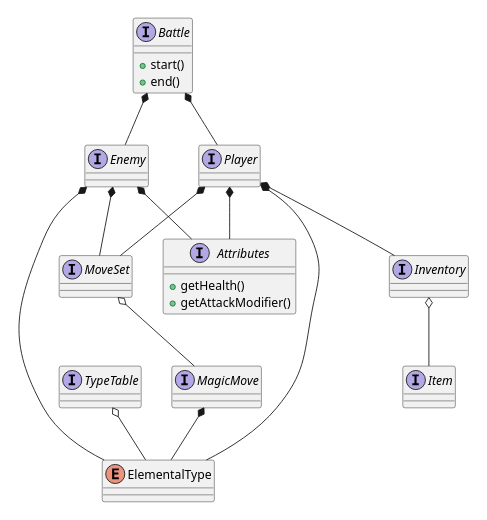
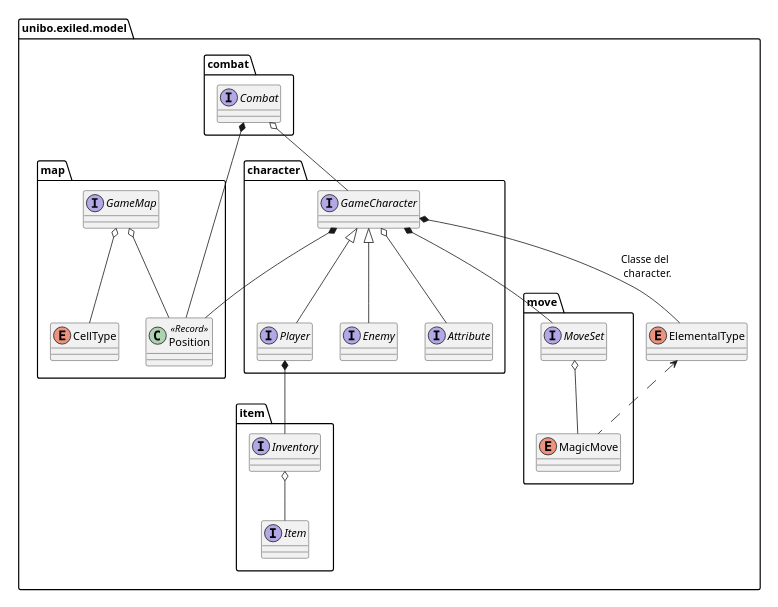
The diagram in docs/the-exiled-uml.puml (unibo-oop-projects/OOP23-Baldoni-Beylax-Casadei-MarcoMagnani03-Pazzaglia-exiled), drawn with PlantUML before and after one commit. The commit also changed 14 other files, not shown here.

```diff
--- a/docs/the-exiled-uml.puml
+++ b/docs/the-exiled-uml.puml
@@ -1,49 +1,45 @@
 @startuml
-scale 0.5
-interface Player {
-	
-}
-interface Enemy {
-
-}
-interface Inventory {
-
-}
-interface Item {
-
-}
-interface MagicMove {
-}
-interface Battle {
-	+start()
-	+end()
-}
-enum ElementalType {
-
-}
-interface TypeTable {
-	
-}
-interface MoveSet {
-
-}
-interface Attributes {
-	+getHealth()
-	+getAttackModifier()
+scale 0.45
+set separator none
+package unibo.exiled.model{
+    package character{
+        interface GameCharacter{}
+        interface Player implements GameCharacter{}
+        interface Enemy implements GameCharacter{}
+        interface Attribute{}
+    }
+    package item{
+        interface Item{}
+        interface Inventory{}
+    }
+    package combat{
+        interface Combat{}
+    }
+    package move{
+        enum MagicMove{}
+        interface MoveSet{}
+    }
+    package map{
+        interface GameMap{}
+        enum CellType
+        class Position<<Record>>{}
+    }
+    enum ElementalType{}
 }
 
-Player *-- ElementalType
-Enemy *-- ElementalType
-Battle *-- Enemy
-Battle *-- Player
-TypeTable o-- ElementalType
+
+
+
+Player *-- Inventory
+GameCharacter o-- Attribute
 Inventory o-- Item
-Player *-- Inventory
-Player *-- MoveSet
-MagicMove *-- ElementalType
-Enemy *-- MoveSet
+Combat o-- GameCharacter
 MoveSet o-- MagicMove
-Player *-- Attributes
-Enemy *-- Attributes
-
+GameCharacter *- MoveSet
+ElementalType <.. MagicMove
+GameCharacter *-- ElementalType : Classe del \n character.
+GameMap o-- CellType
+GameMap o-- Position
+GameCharacter *-- Position
+Combat *-- Position
 @enduml
```
